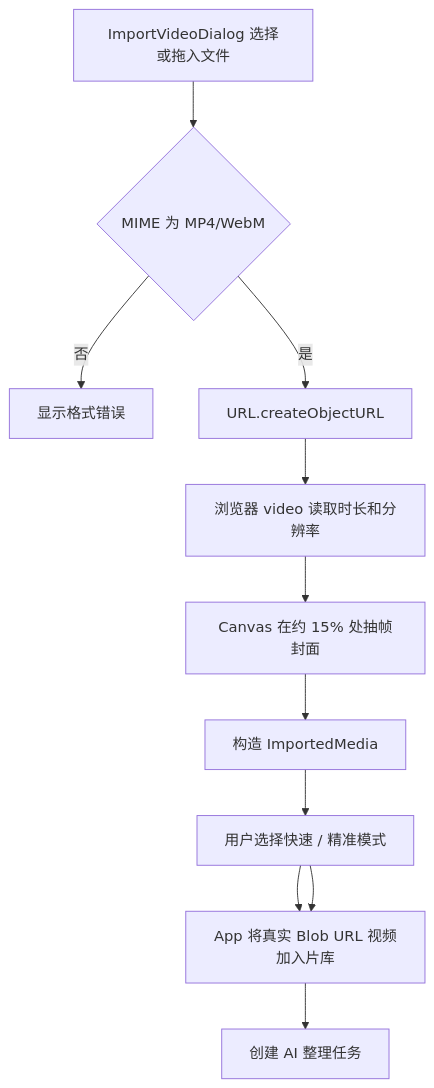
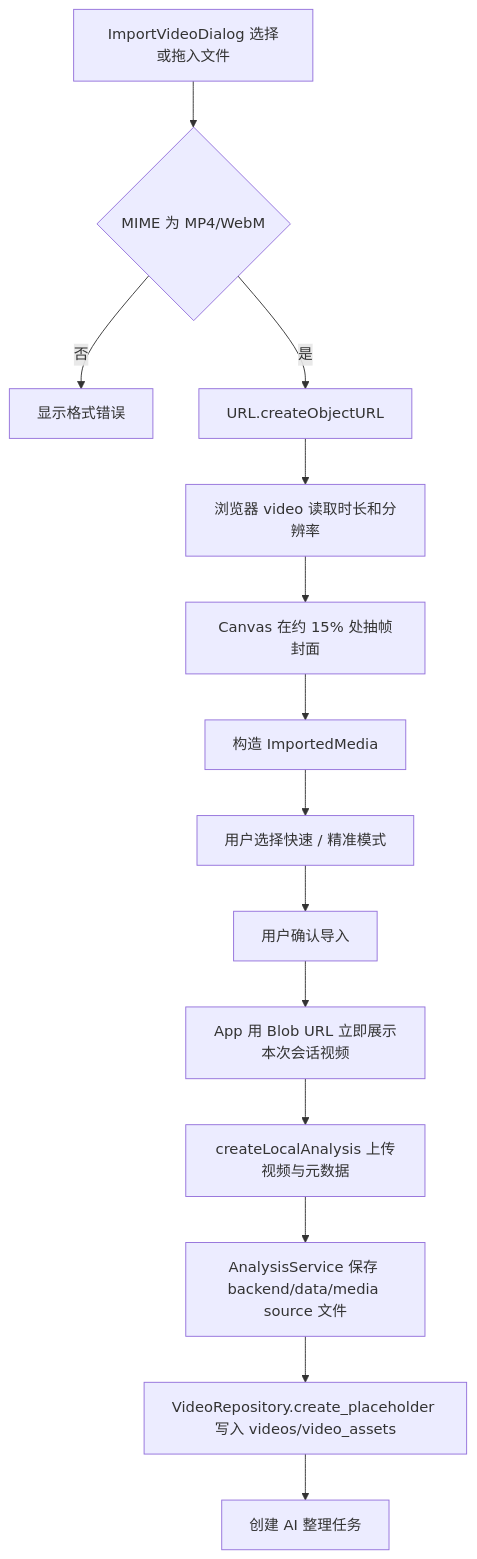
The tenth of 20 diagrams in docs/项目说明文档.md (qwe605/xunlei_ai_video), drawn with Mermaid before and after one commit. The commit also changed other lines of this file and 22 other files, not shown here.

````diff
--- a/docs/项目说明文档.md
+++ b/docs/项目说明文档.md
@@ -517,13 +562,16 @@
 ```mermaid
 flowchart TD
     A["ImportVideoDialog 选择或拖入文件"] --> B{"MIME 为 MP4/WebM"}
     B -->|否| C["显示格式错误"]
     B -->|是| D["URL.createObjectURL"]
     D --> E["浏览器 video 读取时长和分辨率"]
     E --> F["Canvas 在约 15% 处抽帧封面"]
     F --> G["构造 ImportedMedia"]
     G --> H["用户选择快速 / 精准模式"]
     H --> I["用户确认导入"]
-    H --> I["App 将真实 Blob URL 视频加入片库"]
-    I --> J["创建 AI 整理任务"]
+    I --> J["App 用 Blob URL 立即展示本次会话视频"]
+    J --> K["createLocalAnalysis 上传视频与元数据"]
+    K --> L["AnalysisService 保存 backend/data/media source 文件"]
+    L --> M["VideoRepository.create_placeholder 写入 videos/video_assets"]
+    M --> N["创建 AI 整理任务"]
 ```
````
